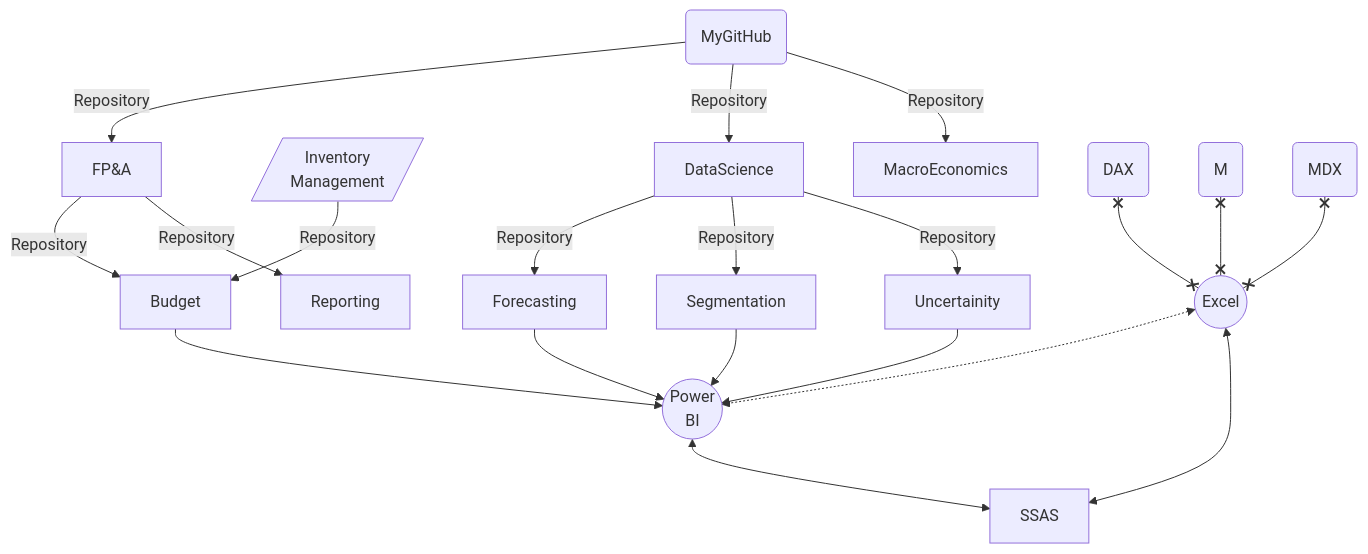
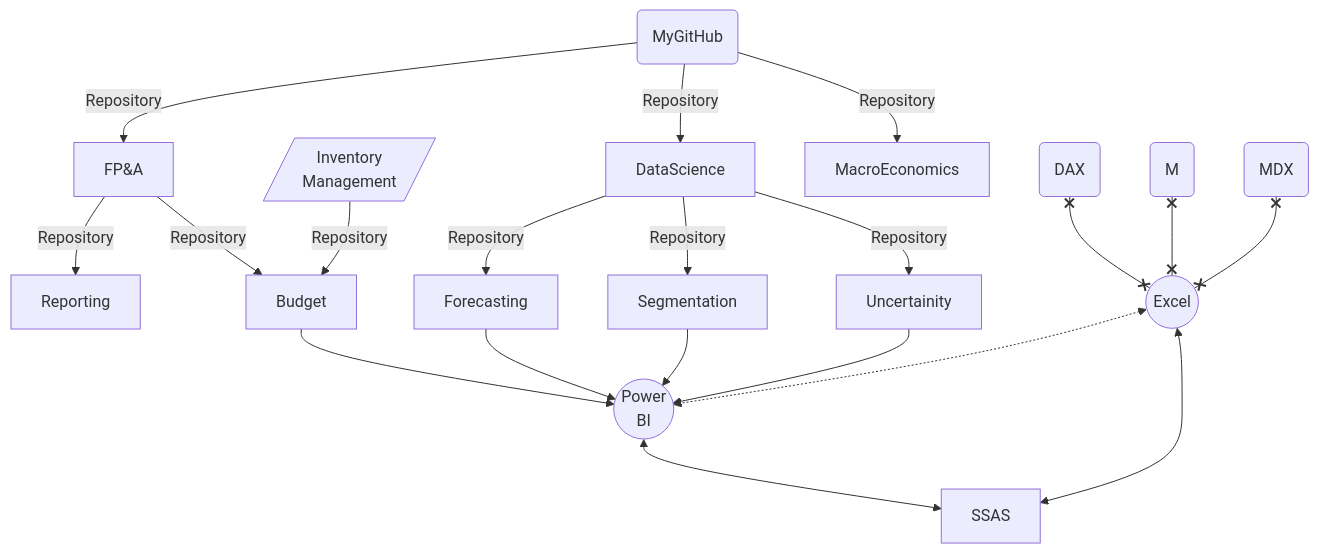
Before and after one commit to md3629/md3629: the diagram in README.md, drawn with Mermaid. The commit also changed other lines of this file, not shown here.

````diff
--- a/README.md
+++ b/README.md
@@ -4,22 +4,22 @@
 ```mermaid
 graph TD;
     my(MyGitHub)-->|Repository|FP&A;
     Inv[/Inventory<br>Management/]-->|Repository|Budget;
+    FP&A-->|Repository|Reporting;
     FP&A-->|Repository|Budget;
-    FP&A-->|Repository|Reporting;
     my(MyGitHub)-->|Repository|DataScience;
     my(MyGitHub)-->|Repository|MacroEconomics;
     DataScience--Repository-->Forecasting;
     DataScience--Repository-->Segmentation;
     DataScience--Repository-->Uncertainity;
     Uncertainity-->P((Power<br>BI));
     Forecasting-->P((Power<br>BI));
     Segmentation-->P((Power<br>BI));
     Budget-->P((Power<br>BI));
     D(DAX)x--xE((Excel));
     M(M)x--xE((Excel));
     E((Excel))<-.->P((Power<br>BI));
     A(MDX)x--xE((Excel));
     E((Excel))<-->SSAS;
     P((Power<br>BI))<-->SSAS;
 ```
````
